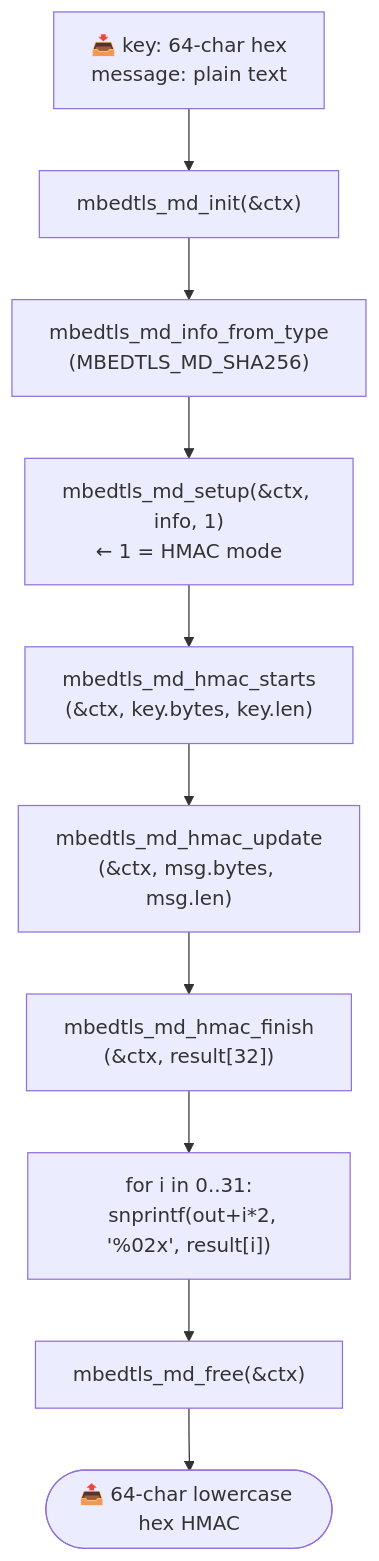
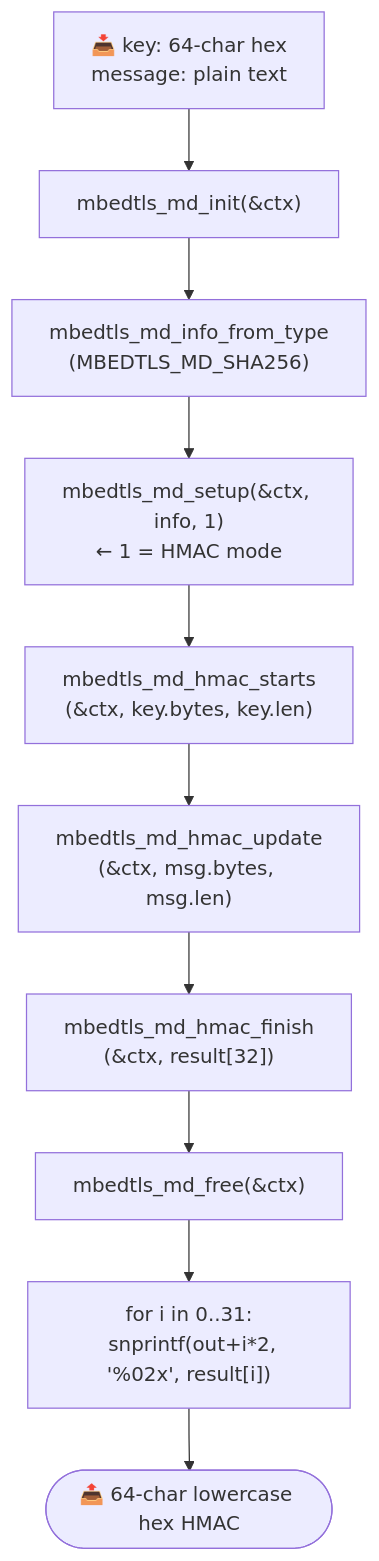
One commit to Noxxsanl/manageDeviceIoT changed diagram 11 of 15 in FIRMWARE_FLOWCHART.md. Above: the diagram before and after it, drawn with Mermaid. The commit also changed other lines of this file and 41 other files, not shown here.

Commit message:
add comment and description firmware flow

````diff
--- a/FIRMWARE_FLOWCHART.md
+++ b/FIRMWARE_FLOWCHART.md
@@ -297,15 +317,15 @@
 ```mermaid
 flowchart TD
     IN4["📥 key: 64-char hex\nmessage: plain text"]
     A4["mbedtls_md_init(&ctx)"]
     B4["mbedtls_md_info_from_type\n(MBEDTLS_MD_SHA256)"]
     C4["mbedtls_md_setup(&ctx, info, 1)\n← 1 = HMAC mode"]
     D4["mbedtls_md_hmac_starts\n(&ctx, key.bytes, key.len)"]
     E4["mbedtls_md_hmac_update\n(&ctx, msg.bytes, msg.len)"]
     F4["mbedtls_md_hmac_finish\n(&ctx, result[32])"]
     G4["for i in 0..31:\n  snprintf(out+i*2, '%02x', result[i])"]
     H4["mbedtls_md_free(&ctx)"]
     OUT4(["📤 64-char lowercase hex HMAC"])
 
-    IN4 --> A4 --> B4 --> C4 --> D4 --> E4 --> F4 --> G4 --> H4 --> OUT4
+    IN4 --> A4 --> B4 --> C4 --> D4 --> E4 --> F4 --> H4 --> G4 --> OUT4
 ```
````
